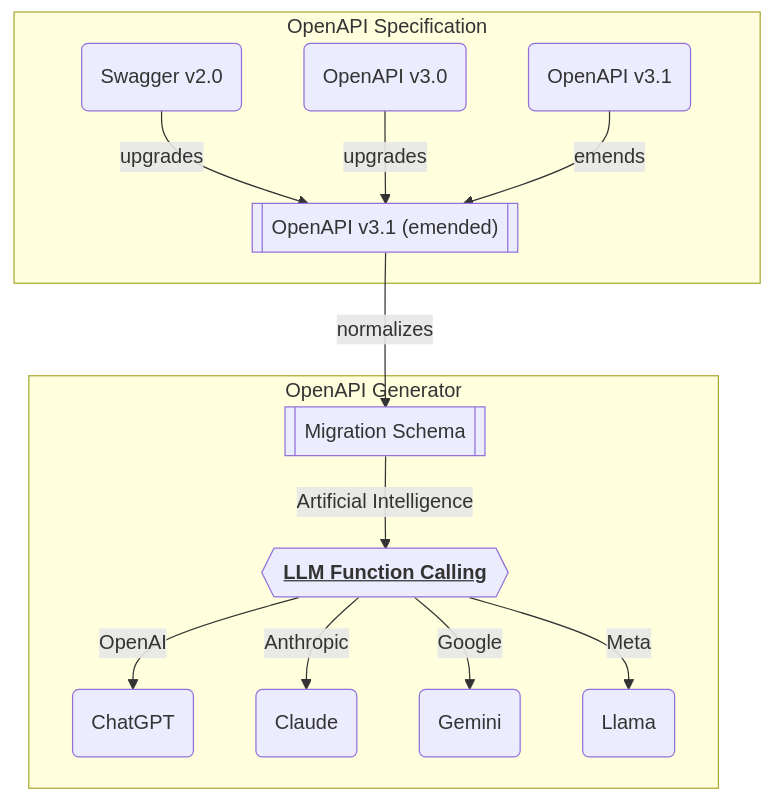
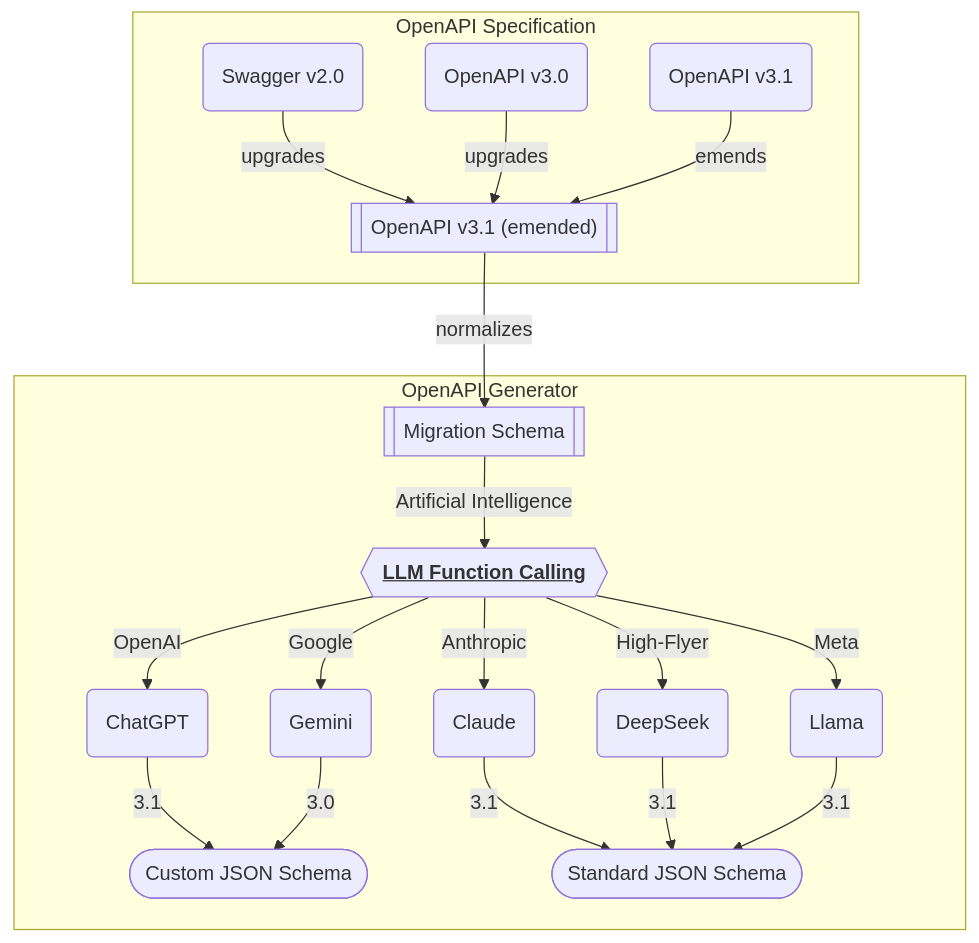
Before and after one commit to samchon/openapi: the third of 3 diagrams in README.md, drawn with Mermaid. The commit also changed other lines of this file and 42 other files, not shown here.

First line of the commit message:
Add `IDeepSeekSchema`. (#174)

````diff
--- a/README.md
+++ b/README.md
@@ -207,16 +214,22 @@
 ```mermaid
-flowchart TD
+flowchart
   subgraph "OpenAPI Specification"
     v20("Swagger v2.0") --upgrades--> emended[["OpenAPI v3.1 (emended)"]]
     v30("OpenAPI v3.0") --upgrades--> emended
     v31("OpenAPI v3.1") --emends--> emended
   end
   subgraph "OpenAPI Generator"
     emended --normalizes--> migration[["Migration Schema"]]
-    migration --"Artificial Intelligence"--> lfc{{"<b><u>LLM Function Calling</b></u>"}}
+    migration --"Artificial Intelligence"--> lfc{{"<b><u>LLM Function Calling</u></b>"}}
     lfc --"OpenAI"--> chatgpt("ChatGPT")
+    lfc --"Google"--> gemini("Gemini")
     lfc --"Anthropic"--> claude("Claude")
-    lfc --"Google"--> gemini("Gemini")
+    lfc --"High-Flyer"--> deepseek("DeepSeek")
     lfc --"Meta"--> llama("Llama")
+    chatgpt --"3.1"--> custom(["Custom JSON Schema"])
+    gemini --"3.0"--> custom(["Custom JSON Schema"])
+    claude --"3.1"--> standard(["Standard JSON Schema"])
+    deepseek --"3.1"--> standard
+    llama --"3.1"--> standard
   end
 ```
````
